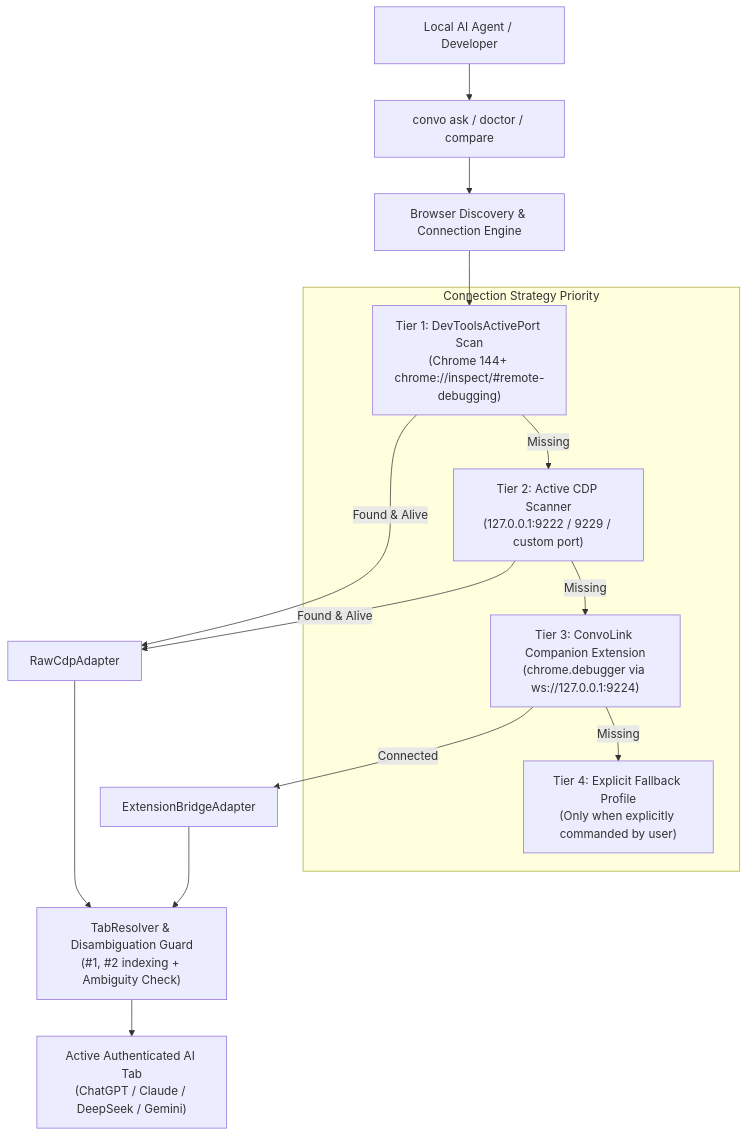
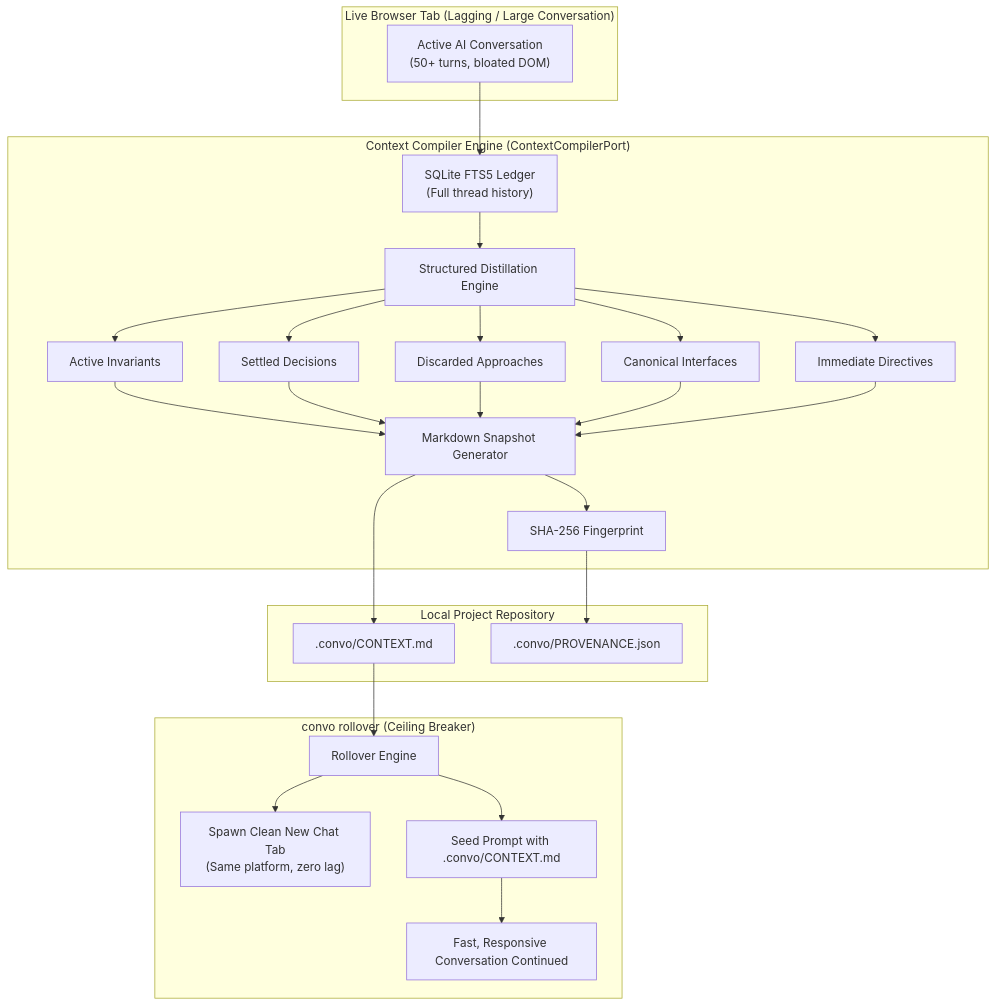
Before and after one commit to 0xTanzim/convolink: the first of 2 diagrams in Next_plan.md, drawn with Mermaid. The commit also changed other lines of this file, not shown here.

Commit message:
docs: update Next_plan.md marking completed milestones and specifying Phase P4 context compiler and rollover

````diff
--- a/Next_plan.md
+++ b/Next_plan.md
@@ -44,25 +51,31 @@
 ```mermaid
 flowchart TD
-    Agent["Local AI Agent / Developer"] --> CLI["convo ask / doctor / compare"]
-    CLI --> ConnEngine["Browser Discovery & Connection Engine"]
-
-    subgraph "Connection Strategy Priority"
-        T1["Tier 1: DevToolsActivePort Scan<br/>(Chrome 144+ chrome://inspect/#remote-debugging)"]
-        T2["Tier 2: Active CDP Scanner<br/>(127.0.0.1:9222 / 9229 / custom port)"]
-        T3["Tier 3: ConvoLink Companion Extension<br/>(chrome.debugger via ws://127.0.0.1:9224)"]
-        T4["Tier 4: Explicit Fallback Profile<br/>(Only when explicitly commanded by user)"]
+    subgraph Browser["Live Browser Tab (Lagging / Large Conversation)"]
+        Tab["Active AI Conversation<br/>(50+ turns, bloated DOM)"]
     end
 
-    ConnEngine --> T1
-    T1 -- Found & Alive --> RawCdp["RawCdpAdapter"]
-    T1 -- Missing --> T2
-    T2 -- Found & Alive --> RawCdp
-    T2 -- Missing --> T3
-    T3 -- Connected --> ExtBridge["ExtensionBridgeAdapter"]
-    T3 -- Missing --> T4
+    subgraph Compiler["Context Compiler Engine (ContextCompilerPort)"]
+        Ledger["SQLite FTS5 Ledger<br/>(Full thread history)"] --> Extractor["Structured Distillation Engine"]
+        Extractor --> Invariants["Active Invariants"]
+        Extractor --> Decisions["Settled Decisions"]
+        Extractor --> Discarded["Discarded Approaches"]
+        Extractor --> Interfaces["Canonical Interfaces"]
+        Extractor --> Directives["Immediate Directives"]
+        Invariants & Decisions & Discarded & Interfaces & Directives --> Packer["Markdown Snapshot Generator"]
+        Packer --> Hash["SHA-256 Fingerprint"]
+    end
 
-    RawCdp --> DisambigGuard["TabResolver & Disambiguation Guard<br/>(#1, #2 indexing + Ambiguity Check)"]
-    ExtBridge --> DisambigGuard
+    subgraph Workspace["Local Project Repository"]
+        Packer --> ContextFile[".convo/CONTEXT.md"]
+        Hash --> ProvFile[".convo/PROVENANCE.json"]
+    end
 
-    DisambigGuard --> ActiveTab["Active Authenticated AI Tab<br/>(ChatGPT / Claude / DeepSeek / Gemini)"]
+    subgraph Rollover["convo rollover (Ceiling Breaker)"]
+        ContextFile --> RolloverEngine["Rollover Engine"]
+        RolloverEngine --> NewTab["Spawn Clean New Chat Tab<br/>(Same platform, zero lag)"]
+        RolloverEngine --> SeedPrompt["Seed Prompt with .convo/CONTEXT.md"]
+        SeedPrompt --> FastSession["Fast, Responsive Conversation Continued"]
+    end
+
+    Tab --> Ledger
 ```
````
